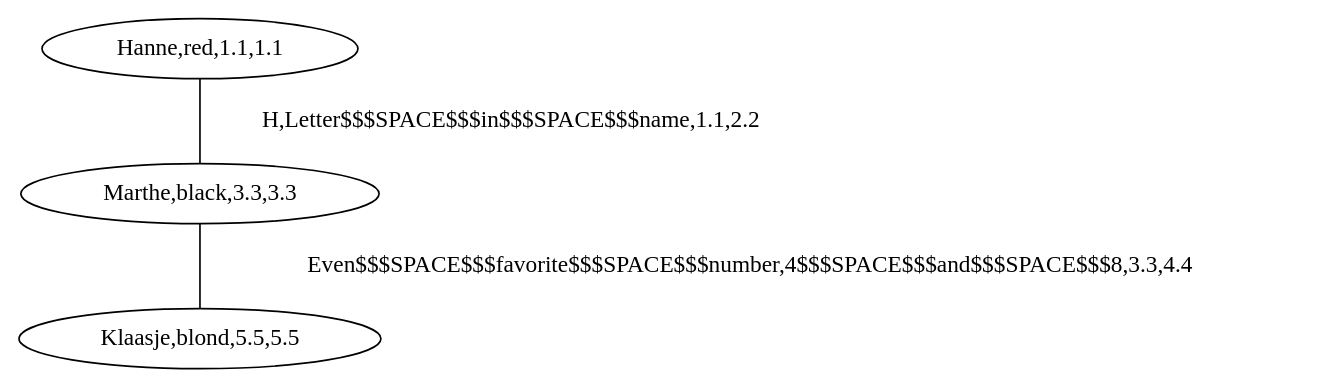
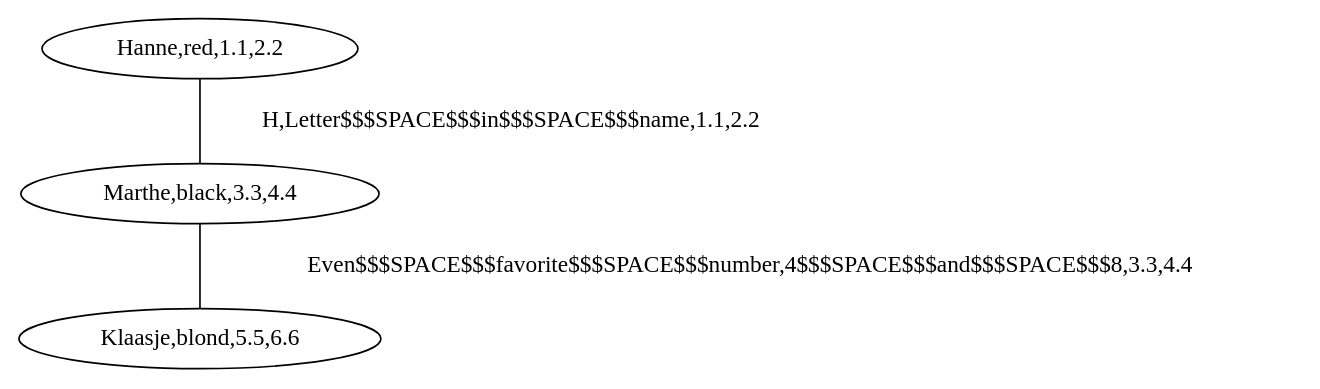
Before and after one commit to richelbilderbeek/boost_graph_cookbook_1: the diagram in BoostGraphTutorial/create_all_direct_neighbour_custom_edges_and_vertices_subgraphs_1.dot, drawn with Graphviz. The commit also changed 69 other files, not shown here.

```diff
--- a/BoostGraphTutorial/create_all_direct_neighbour_custom_edges_and_vertices_subgraphs_1.dot
+++ b/BoostGraphTutorial/create_all_direct_neighbour_custom_edges_and_vertices_subgraphs_1.dot
@@ -1,7 +1,7 @@
 graph G {
-0[label="Marthe,black,3.3,3.3"];
-1[label="Hanne,red,1.1,1.1"];
-2[label="Klaasje,blond,5.5,5.5"];
+0[label="Marthe,black,3.3,4.4"];
+1[label="Hanne,red,1.1,2.2"];
+2[label="Klaasje,blond,5.5,6.6"];
 1--0 [label="H,Letter$$$SPACE$$$in$$$SPACE$$$name,1.1,2.2"];
 0--2 [label="Even$$$SPACE$$$favorite$$$SPACE$$$number,4$$$SPACE$$$and$$$SPACE$$$8,3.3,4.4"];
 }
```
